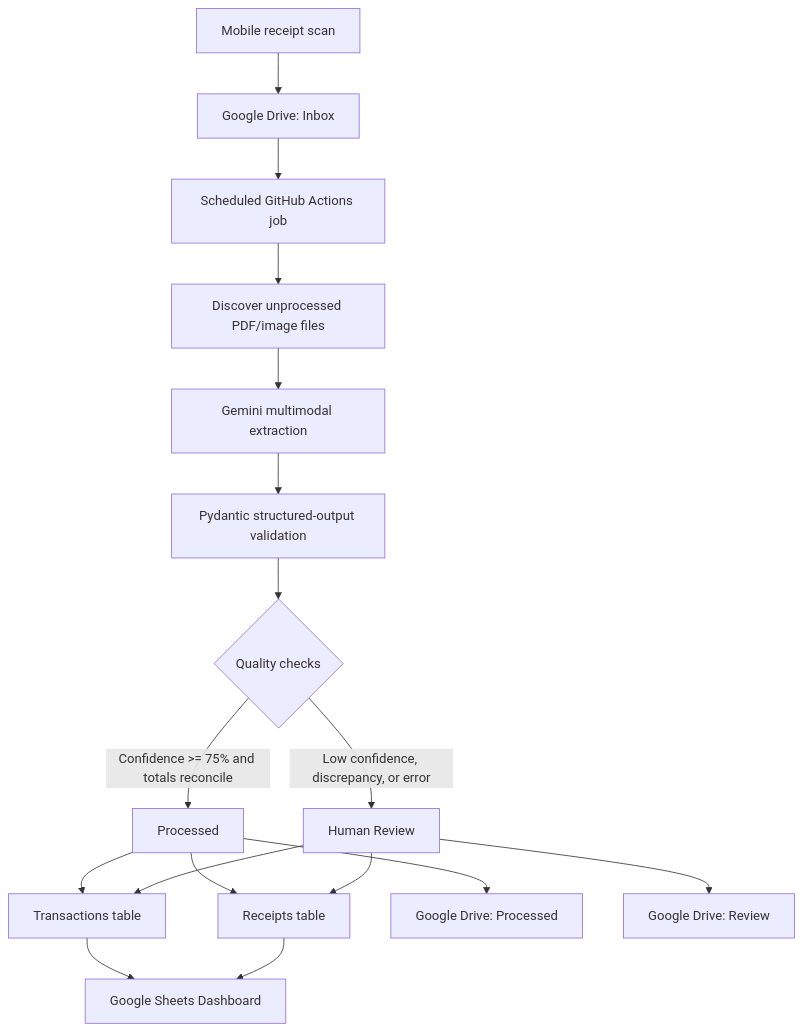
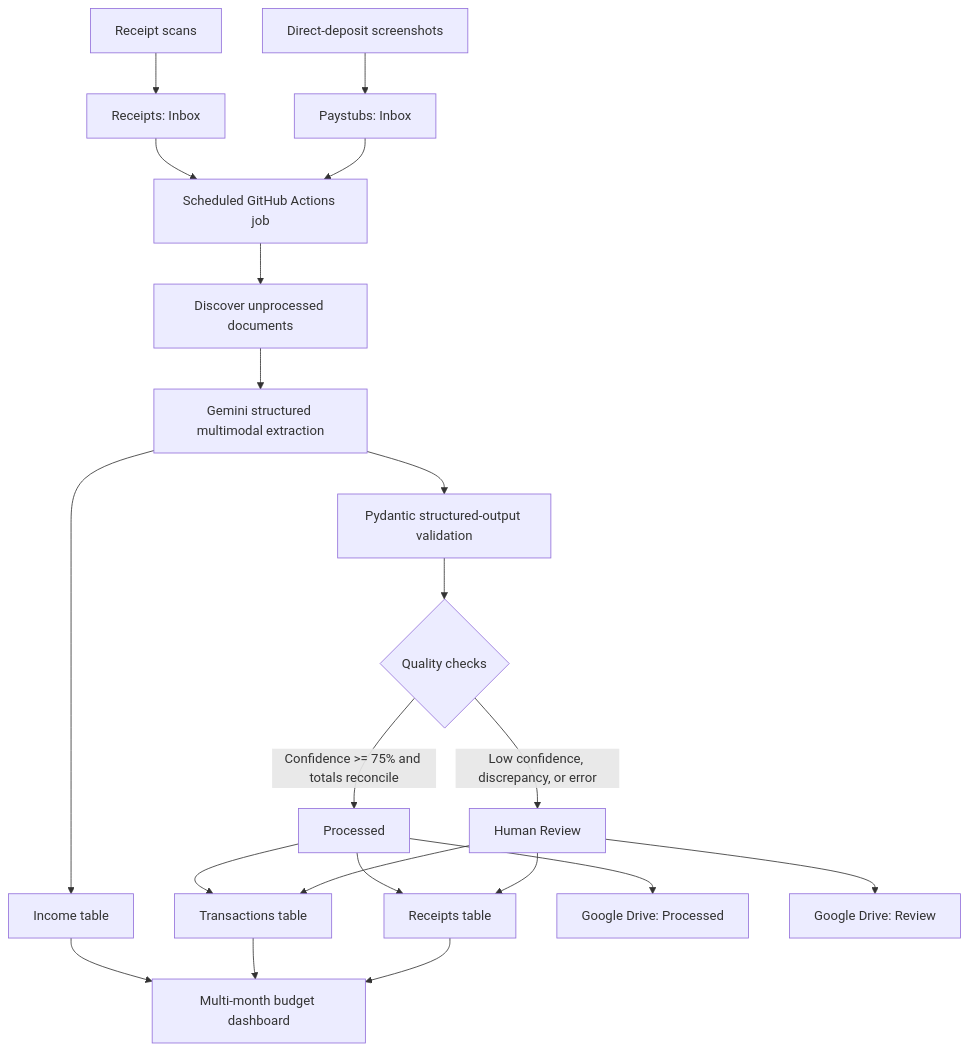
One commit to aordaz3/budget_tool changed the diagram in README.md. Above: the diagram before and after it, drawn with Mermaid. The commit also changed other lines of this file and 7 other files, not shown here.

````diff
--- a/README.md
+++ b/README.md
@@ -35,19 +35,23 @@
 ```mermaid
 flowchart TD
-    A[Mobile receipt scan] --> B[Google Drive: Inbox]
+    A[Receipt scans] --> B[Receipts: Inbox]
+    P[Direct-deposit screenshots] --> Q[Paystubs: Inbox]
     B --> C[Scheduled GitHub Actions job]
-    C --> D[Discover unprocessed PDF/image files]
-    D --> E[Gemini multimodal extraction]
+    Q --> C
+    C --> D[Discover unprocessed documents]
+    D --> E[Gemini structured multimodal extraction]
     E --> F[Pydantic structured-output validation]
     F --> G{Quality checks}
     G -->|Confidence >= 75% and totals reconcile| H[Processed]
     G -->|Low confidence, discrepancy, or error| I[Human Review]
     H --> J[Transactions table]
     H --> K[Receipts table]
     I --> J
     I --> K
-    J --> L[Google Sheets Dashboard]
+    E --> O[Income table]
+    O --> L[Multi-month budget dashboard]
+    J --> L
     K --> L
     H --> M[Google Drive: Processed]
     I --> N[Google Drive: Review]
 ```
````
